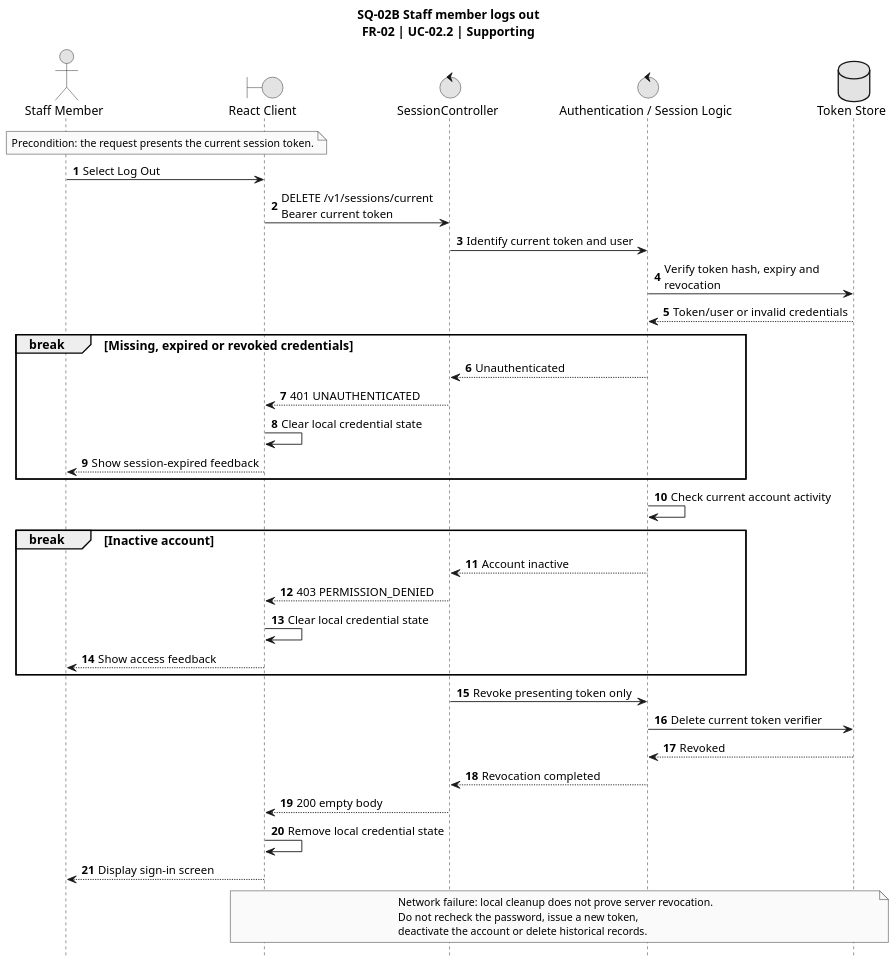
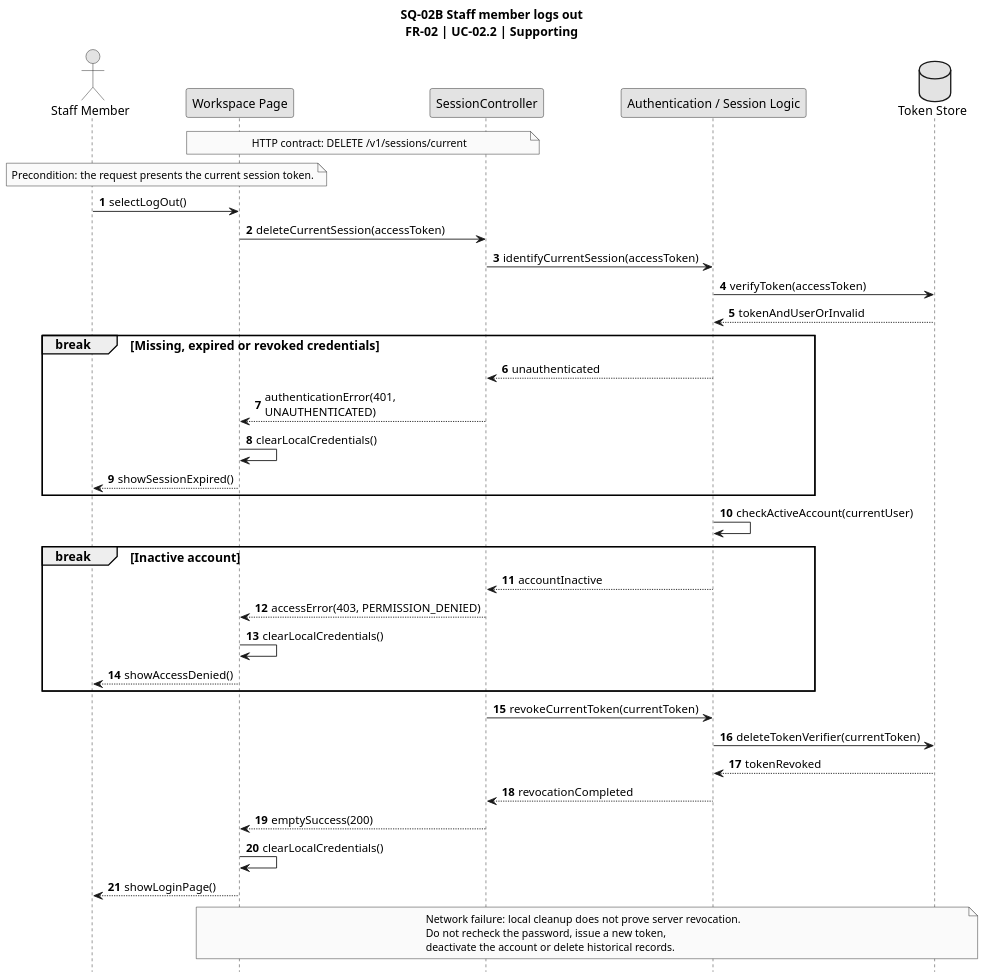
One commit to TitanDevX/BloodBankPlatformUni changed the ninth of 16 diagrams in docs/uml/PlantUML-Sources.md. Above: the diagram before and after it, drawn with PlantUML. The commit also changed other lines of this file and 17 other files, not shown here.

````diff
--- a/docs/uml/PlantUML-Sources.md
+++ b/docs/uml/PlantUML-Sources.md
@@ -491,53 +509,56 @@
 ```plantuml
 @startuml SQ02B_Logout
 title SQ-02B Staff member logs out\nFR-02 | UC-02.2 | Supporting
 skinparam monochrome true
 skinparam shadowing false
 skinparam defaultFontName Arial
 skinparam defaultFontSize 14
 skinparam ArrowFontSize 13
 skinparam noteFontSize 12
 skinparam dpi 140
 hide footbox
 skinparam maxMessageSize 240
 autonumber
 actor "Staff Member" as Staff
-boundary "React Client" as Client
-control SessionController as Ctrl
-control "Authentication / Session Logic" as Session
+participant "Workspace Page" as Client
+participant SessionController as Ctrl
+participant "Authentication / Session Logic" as Session
 database "Token Store" as DB
+note over Client, Ctrl
+ HTTP contract: DELETE /v1/sessions/current
+end note
 note over Staff, Client
  Precondition: the request presents the current session token.
 end note
-Staff -> Client: Select Log Out
-Client -> Ctrl: DELETE /v1/sessions/current\nBearer current token
-Ctrl -> Session: Identify current token and user
-Session -> DB: Verify token hash, expiry and revocation
-DB --> Session: Token/user or invalid credentials
+Staff -> Client: selectLogOut()
+Client -> Ctrl: deleteCurrentSession(accessToken)
+Ctrl -> Session: identifyCurrentSession(accessToken)
+Session -> DB: verifyToken(accessToken)
+DB --> Session: tokenAndUserOrInvalid
 break Missing, expired or revoked credentials
- Session --> Ctrl: Unauthenticated
- Ctrl --> Client: 401 UNAUTHENTICATED
- Client -> Client: Clear local credential state
- Client --> Staff: Show session-expired feedback
+ Session --> Ctrl: unauthenticated
+ Ctrl --> Client: authenticationError(401, UNAUTHENTICATED)
+ Client -> Client: clearLocalCredentials()
+ Client --> Staff: showSessionExpired()
 end
-Session -> Session: Check current account activity
+Session -> Session: checkActiveAccount(currentUser)
 break Inactive account
- Session --> Ctrl: Account inactive
- Ctrl --> Client: 403 PERMISSION_DENIED
- Client -> Client: Clear local credential state
- Client --> Staff: Show access feedback
+ Session --> Ctrl: accountInactive
+ Ctrl --> Client: accessError(403, PERMISSION_DENIED)
+ Client -> Client: clearLocalCredentials()
+ Client --> Staff: showAccessDenied()
 end
-Ctrl -> Session: Revoke presenting token only
-Session -> DB: Delete current token verifier
-DB --> Session: Revoked
-Session --> Ctrl: Revocation completed
-Ctrl --> Client: 200 empty body
-Client -> Client: Remove local credential state
-Client --> Staff: Display sign-in screen
+Ctrl -> Session: revokeCurrentToken(currentToken)
+Session -> DB: deleteTokenVerifier(currentToken)
+DB --> Session: tokenRevoked
+Session --> Ctrl: revocationCompleted
+Ctrl --> Client: emptySuccess(200)
+Client -> Client: clearLocalCredentials()
+Client --> Staff: showLoginPage()
 note over Client, DB
  Network failure: local cleanup does not prove server revocation.
  Do not recheck the password, issue a new token,
  deactivate the account or delete historical records.
 end note
 @enduml
 ```
````
